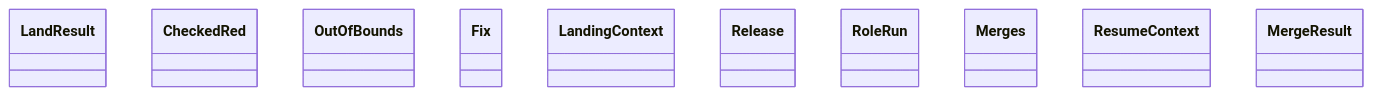
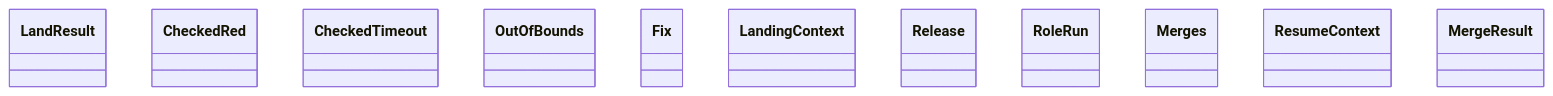
The diagram in docs/architecture/generated/classes-process-application-landing.md (GonzaloZevallos/agentic-system), drawn with Mermaid before and after one commit.

Commit message:
Regenerate the landing class docs for the new checks_timeout result (GH-585)

````diff
--- a/docs/architecture/generated/classes-process-application-landing.md
+++ b/docs/architecture/generated/classes-process-application-landing.md
@@ -17,13 +17,14 @@
 ```mermaid
 classDiagram
     class landing__LandResult["LandResult"]
     class landing_adr__CheckedRed["CheckedRed"]
+    class landing_adr__CheckedTimeout["CheckedTimeout"]
     class landing_adr__OutOfBounds["OutOfBounds"]
     class landing_fix__Fix["Fix"]
     class landing_plan__LandingContext["LandingContext"]
     class landing_plan__Release["Release"]
     class landing_plan__RoleRun["RoleRun"]
     class landing_sync__Merges["Merges"]
     class landing_sync__ResumeContext["ResumeContext"]
     class merge__MergeResult["MergeResult"]
 ```
````
